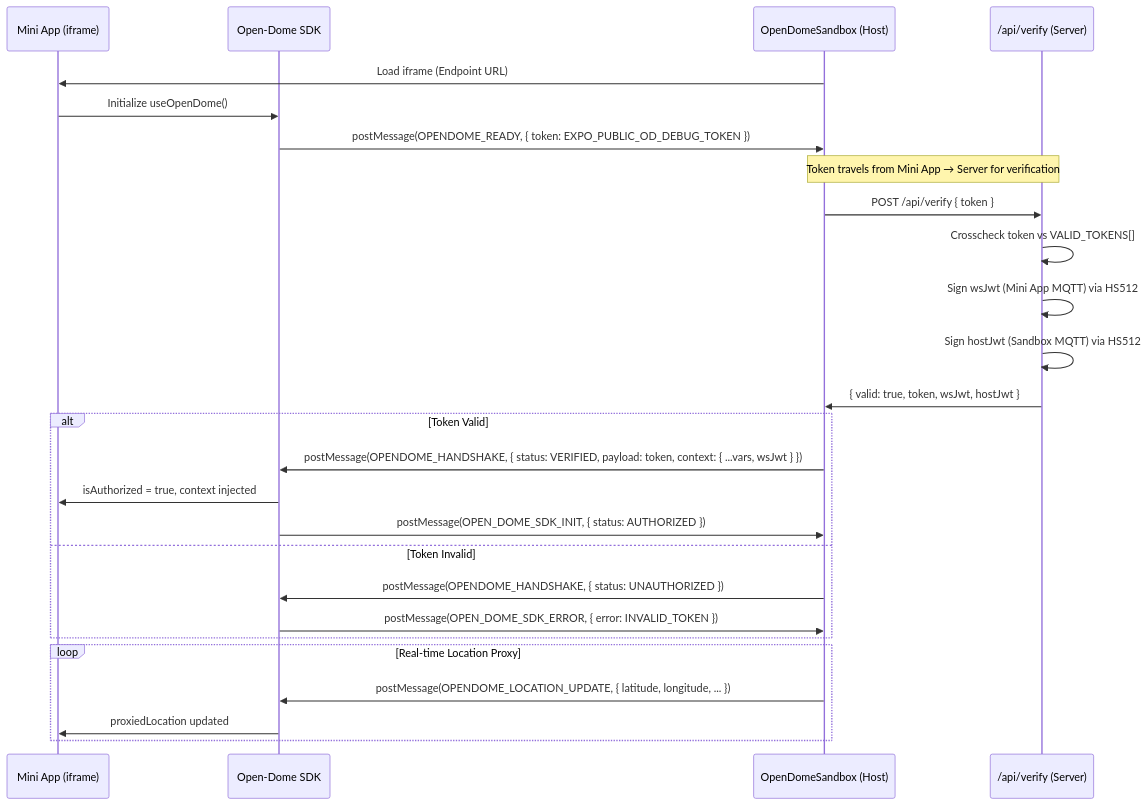
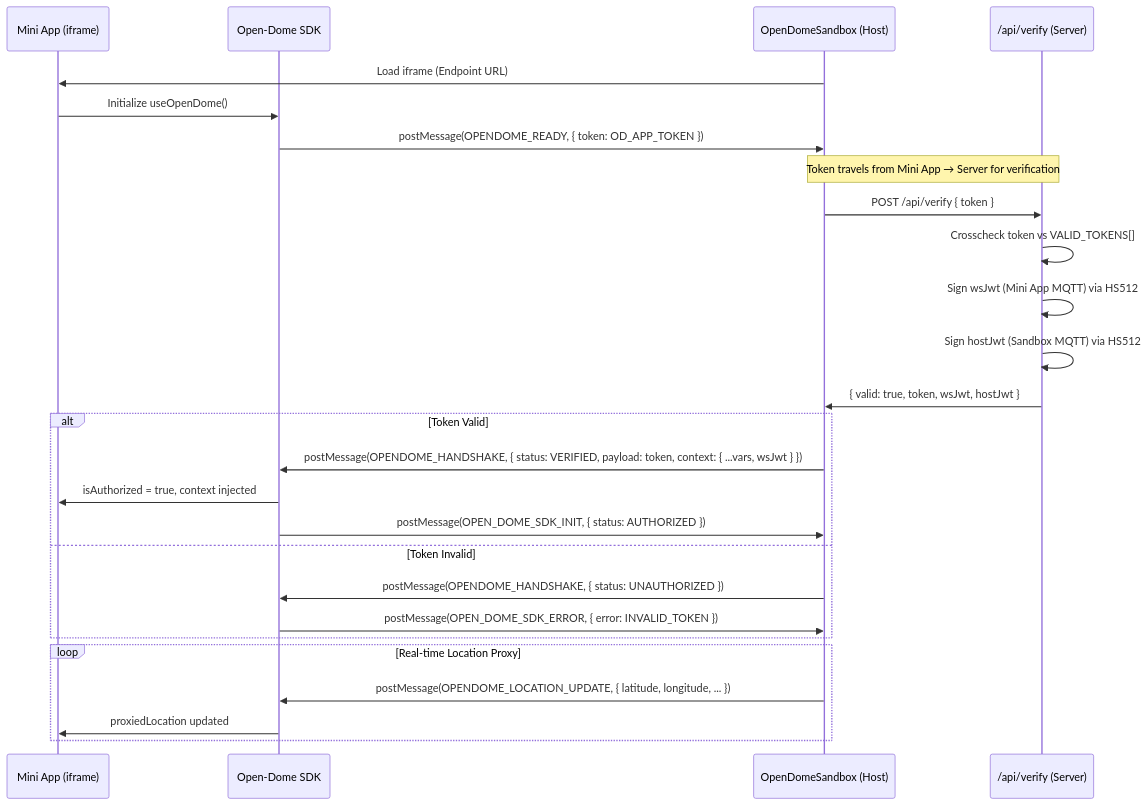
Before and after one commit to Effisend-Labs/Open-Dome: the first of 7 diagrams in TECH.md, drawn with Mermaid. The commit also changed 65 other files, not shown here.

````diff
--- a/TECH.md
+++ b/TECH.md
@@ -34,30 +34,30 @@
 ```mermaid
 sequenceDiagram
     participant MiniApp as Mini App (iframe)
     participant SDK as Open-Dome SDK
     participant Sandbox as OpenDomeSandbox (Host)
     participant API as /api/verify (Server)
 
     Sandbox->>MiniApp: Load iframe (Endpoint URL)
     MiniApp->>SDK: Initialize useOpenDome()
-    SDK->>Sandbox: postMessage(OPENDOME_READY, { token: EXPO_PUBLIC_OD_DEBUG_TOKEN })
+    SDK->>Sandbox: postMessage(OPENDOME_READY, { token: OD_APP_TOKEN })
     Note over Sandbox,API: Token travels from Mini App → Server for verification
     Sandbox->>API: POST /api/verify { token }
     API->>API: Crosscheck token vs VALID_TOKENS[]
     API->>API: Sign wsJwt (Mini App MQTT) via HS512
     API->>API: Sign hostJwt (Sandbox MQTT) via HS512
     API->>Sandbox: { valid: true, token, wsJwt, hostJwt }
     alt Token Valid
         Sandbox->>SDK: postMessage(OPENDOME_HANDSHAKE, { status: VERIFIED, payload: token, context: { ...vars, wsJwt } })
         SDK->>MiniApp: isAuthorized = true, context injected
         SDK->>Sandbox: postMessage(OPEN_DOME_SDK_INIT, { status: AUTHORIZED })
     else Token Invalid
         Sandbox->>SDK: postMessage(OPENDOME_HANDSHAKE, { status: UNAUTHORIZED })
         SDK->>Sandbox: postMessage(OPEN_DOME_SDK_ERROR, { error: INVALID_TOKEN })
     end
 
     loop Real-time Location Proxy
         Sandbox->>SDK: postMessage(OPENDOME_LOCATION_UPDATE, { latitude, longitude, ... })
         SDK->>MiniApp: proxiedLocation updated
     end
 ```
````
